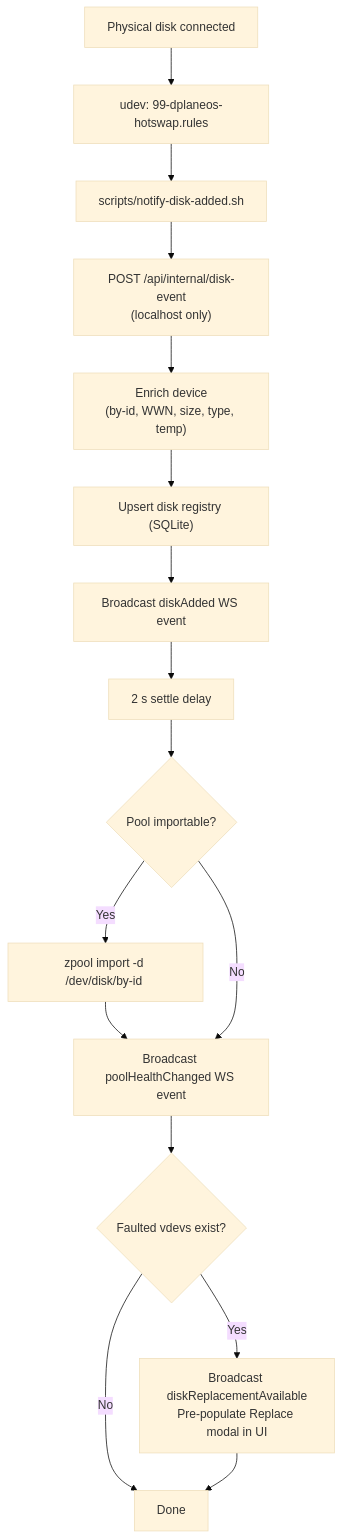
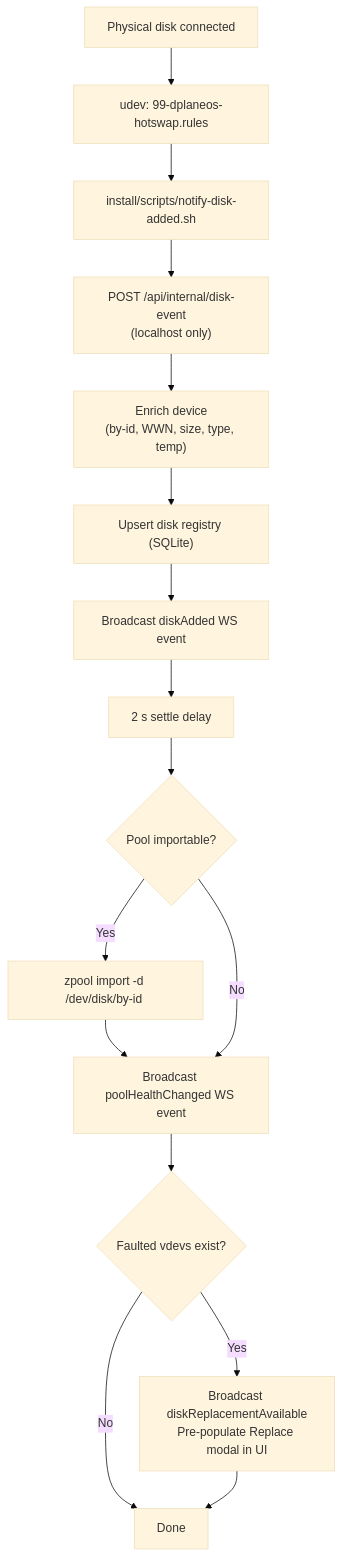
One commit to 4nonX/DPlaneOS changed the fourth of 6 diagrams in docs/development/CODEBASE-DIAGRAM.md. Above: the diagram before and after it, drawn with Mermaid. The commit also changed 49 other files, not shown here.

````diff
--- a/docs/development/CODEBASE-DIAGRAM.md
+++ b/docs/development/CODEBASE-DIAGRAM.md
@@ -108,19 +108,19 @@
 ```mermaid
 %%{init: {'theme':'base'}}%%
 flowchart TD
     A["Physical disk connected"] --> B["udev: 99-dplaneos-hotswap.rules"]
-    B --> C["scripts/notify-disk-added.sh"]
+    B --> C["install/scripts/notify-disk-added.sh"]
     C --> D["POST /api/internal/disk-event\n(localhost only)"]
     D --> E["Enrich device\n(by-id, WWN, size, type, temp)"]
     E --> F["Upsert disk registry (SQLite)"]
     F --> G["Broadcast diskAdded WS event"]
     G --> H["2 s settle delay"]
     H --> I{"Pool importable?"}
     I -->|Yes| J["zpool import -d /dev/disk/by-id <pool>"]
     J --> K["Broadcast poolHealthChanged WS event"]
     I -->|No| K
     K --> L{"Faulted vdevs exist?"}
     L -->|Yes| M["Broadcast diskReplacementAvailable\nPre-populate Replace modal in UI"]
     L -->|No| N["Done"]
     M --> N
 ```
````
